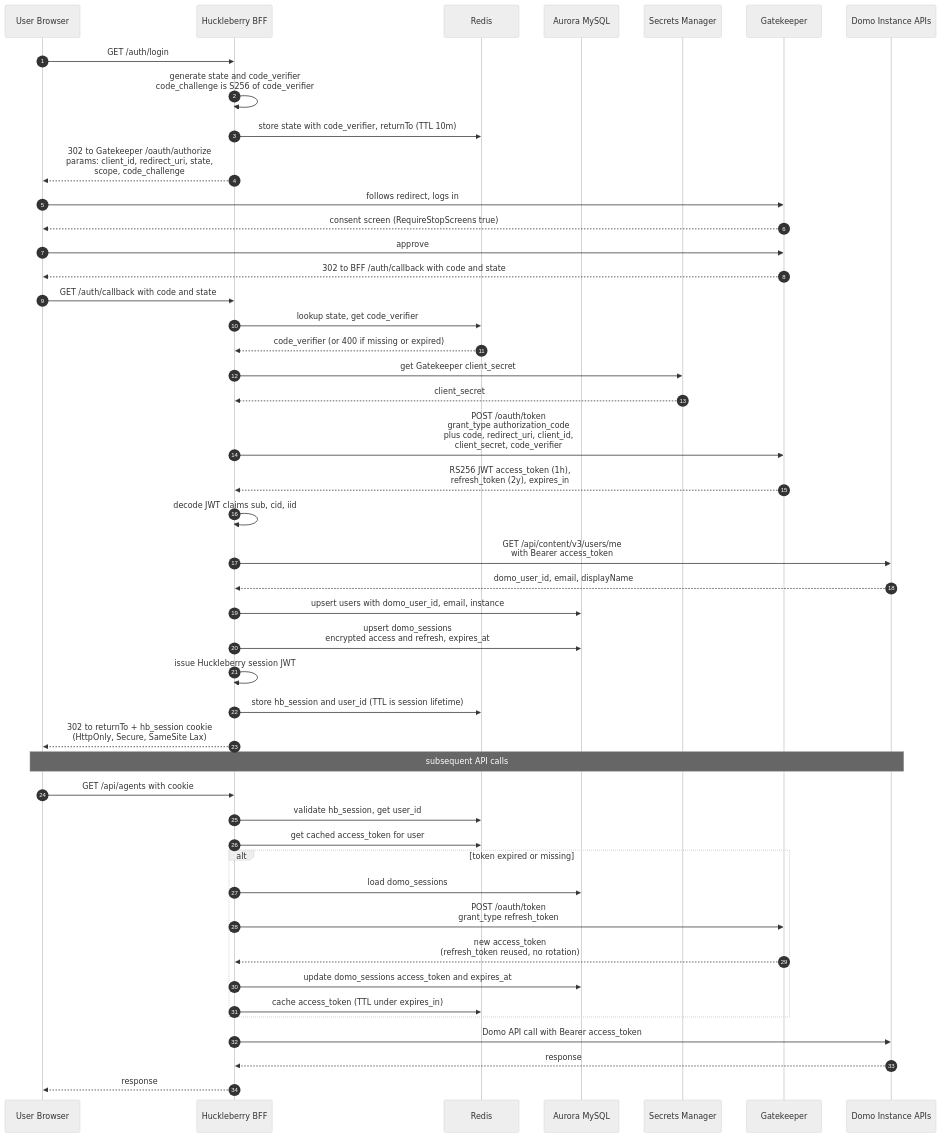
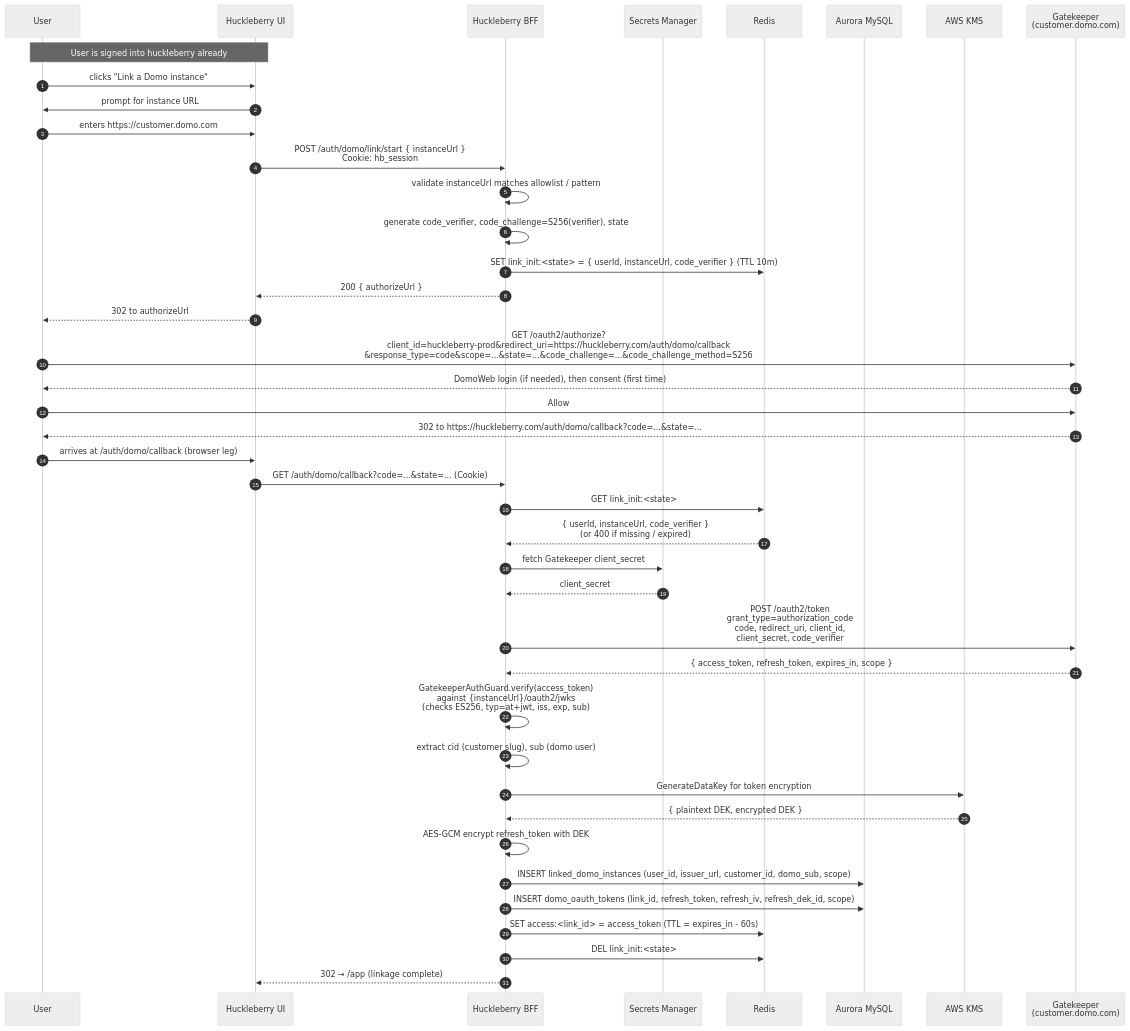
The second of 3 diagrams in docs/diagrams/oauth-flow.md (emmetuft/huckleberry-server), drawn with Mermaid (neutral theme) before and after one commit. The commit also changed other lines of this file and 26 other files, not shown here.

````diff
--- a/docs/diagrams/oauth-flow.md
+++ b/docs/diagrams/oauth-flow.md
@@ -23,55 +83,51 @@
 ```mermaid
 sequenceDiagram
     autonumber
-    participant U as User Browser
+    participant U as User
+    participant FE as Huckleberry UI
     participant BFF as Huckleberry BFF
+    participant SM as Secrets Manager
     participant R as Redis
     participant DB as Aurora MySQL
-    participant SM as Secrets Manager
-    participant H as Gatekeeper
-    participant D as Domo Instance APIs
+    participant KMS as AWS KMS
+    participant GK as Gatekeeper<br/>(customer.domo.com)
 
-    U->>BFF: GET /auth/login
-    BFF->>BFF: generate state and code_verifier<br/>code_challenge is S256 of code_verifier
-    BFF->>R: store state with code_verifier, returnTo (TTL 10m)
-    BFF-->>U: 302 to Gatekeeper /oauth/authorize<br/>params: client_id, redirect_uri, state,<br/>scope, code_challenge
+    Note over U,FE: User is signed into huckleberry already
+    U->>FE: clicks "Link a Domo instance"
+    FE->>U: prompt for instance URL
+    U->>FE: enters https://customer.domo.com
 
-    U->>H: follows redirect, logs in
-    H-->>U: consent screen (RequireStopScreens true)
-    U->>H: approve
-    H-->>U: 302 to BFF /auth/callback with code and state
+    FE->>BFF: POST /auth/domo/link/start { instanceUrl }<br/>Cookie: hb_session
+    BFF->>BFF: validate instanceUrl matches allowlist / pattern
+    BFF->>BFF: generate code_verifier, code_challenge=S256(verifier), state
+    BFF->>R: SET link_init:<state> = { userId, instanceUrl, code_verifier } (TTL 10m)
+    BFF-->>FE: 200 { authorizeUrl }
+    FE-->>U: 302 to authorizeUrl
 
-    U->>BFF: GET /auth/callback with code and state
-    BFF->>R: lookup state, get code_verifier
-    R-->>BFF: code_verifier (or 400 if missing or expired)
-    BFF->>SM: get Gatekeeper client_secret
+    U->>GK: GET /oauth2/authorize?<br/>client_id=huckleberry-prod&redirect_uri=https://huckleberry.com/auth/domo/callback<br/>&response_type=code&scope=...&state=...&code_challenge=...&code_challenge_method=S256
+    GK-->>U: DomoWeb login (if needed), then consent (first time)
+    U->>GK: Allow
+    GK-->>U: 302 to https://huckleberry.com/auth/domo/callback?code=...&state=...
+
+    U->>FE: arrives at /auth/domo/callback (browser leg)
+    FE->>BFF: GET /auth/domo/callback?code=...&state=... (Cookie)
+    BFF->>R: GET link_init:<state>
+    R-->>BFF: { userId, instanceUrl, code_verifier }<br/>(or 400 if missing / expired)
+    BFF->>SM: fetch Gatekeeper client_secret
     SM-->>BFF: client_secret
+    BFF->>GK: POST /oauth2/token<br/>grant_type=authorization_code<br/>code, redirect_uri, client_id,<br/>client_secret, code_verifier
+    GK-->>BFF: { access_token, refresh_token, expires_in, scope }
 
-    BFF->>H: POST /oauth/token<br/>grant_type authorization_code<br/>plus code, redirect_uri, client_id,<br/>client_secret, code_verifier
-    H-->>BFF: RS256 JWT access_token (1h),<br/>refresh_token (2y), expires_in
+    BFF->>BFF: GatekeeperAuthGuard.verify(access_token)<br/>against {instanceUrl}/oauth2/jwks<br/>(checks ES256, typ=at+jwt, iss, exp, sub)
+    BFF->>BFF: extract cid (customer slug), sub (domo user)
 
-    BFF->>BFF: decode JWT claims sub, cid, iid
-    BFF->>D: GET /api/content/v3/users/me<br/>with Bearer access_token
-    D-->>BFF: domo_user_id, email, displayName
+    BFF->>KMS: GenerateDataKey for token encryption
+    KMS-->>BFF: { plaintext DEK, encrypted DEK }
+    BFF->>BFF: AES-GCM encrypt refresh_token with DEK
 
-    BFF->>DB: upsert users with domo_user_id, email, instance
-    BFF->>DB: upsert domo_sessions<br/>encrypted access and refresh, expires_at
-    BFF->>BFF: issue Huckleberry session JWT
-    BFF->>R: store hb_session and user_id (TTL is session lifetime)
-    BFF-->>U: 302 to returnTo + hb_session cookie<br/>(HttpOnly, Secure, SameSite Lax)
-
-    Note over U,D: subsequent API calls
-    U->>BFF: GET /api/agents with cookie
-    BFF->>R: validate hb_session, get user_id
-    BFF->>R: get cached access_token for user
-    alt token expired or missing
-        BFF->>DB: load domo_sessions
-        BFF->>H: POST /oauth/token<br/>grant_type refresh_token
-        H-->>BFF: new access_token<br/>(refresh_token reused, no rotation)
-        BFF->>DB: update domo_sessions access_token and expires_at
-        BFF->>R: cache access_token (TTL under expires_in)
-    end
-    BFF->>D: Domo API call with Bearer access_token
-    D-->>BFF: response
-    BFF-->>U: response
+    BFF->>DB: INSERT linked_domo_instances (user_id, issuer_url, customer_id, domo_sub, scope)
+    BFF->>DB: INSERT domo_oauth_tokens (link_id, refresh_token, refresh_iv, refresh_dek_id, scope)
+    BFF->>R: SET access:<link_id> = access_token (TTL = expires_in - 60s)
+    BFF->>R: DEL link_init:<state>
+    BFF-->>FE: 302 → /app  (linkage complete)
 ```
````
